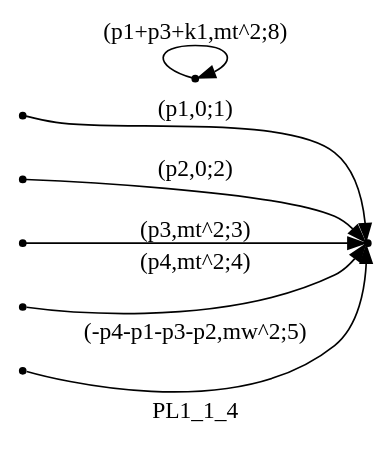
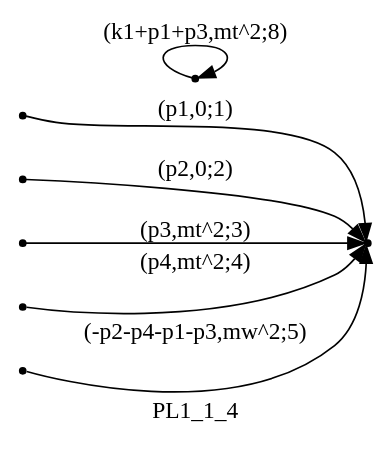
Before and after one commit to UsHnBaGp/Wtt: the diagram in 1loopAmplitude/Reduze/graphs/PL1/shift_targets/PL1_1_04.dot, drawn with Graphviz. The commit also changed 112 other files, not shown here.

```diff
--- a/1loopAmplitude/Reduze/graphs/PL1/shift_targets/PL1_1_04.dot
+++ b/1loopAmplitude/Reduze/graphs/PL1/shift_targets/PL1_1_04.dot
@@ -1,20 +1,20 @@
 digraph PL1_1_4 {
   label="PL1_1_4";
   rankdir="LR";
   subgraph edges {
     -1 -> 1 [label="(p1,0;1)"];
     -2 -> 1 [label="(p2,0;2)"];
     -3 -> 1 [label="(p3,mt^2;3)"];
     -4 -> 1 [label="(p4,mt^2;4)"];
-    -5 -> 1 [label="(-p4-p1-p3-p2,mw^2;5)"];
-    2 -> 2 [label="(p1+p3+k1,mt^2;8)"];
+    -5 -> 1 [label="(-p2-p4-p1-p3,mw^2;5)"];
+    2 -> 2 [label="(k1+p1+p3,mt^2;8)"];
   }
   subgraph incoming { rank="source"; -1; -2; -3; -4; -5; }
 -5 [shape=point];
 -4 [shape=point];
 -3 [shape=point];
 -2 [shape=point];
 -1 [shape=point];
 1 [shape=point];
 2 [shape=point];
 }
```
